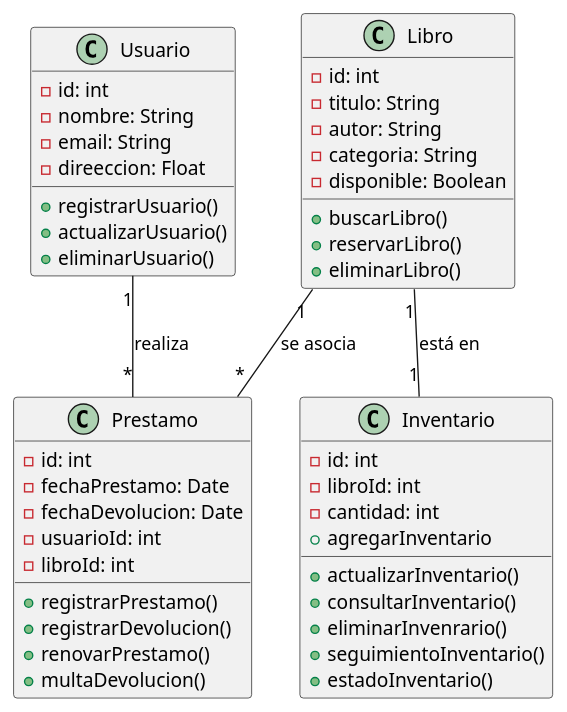
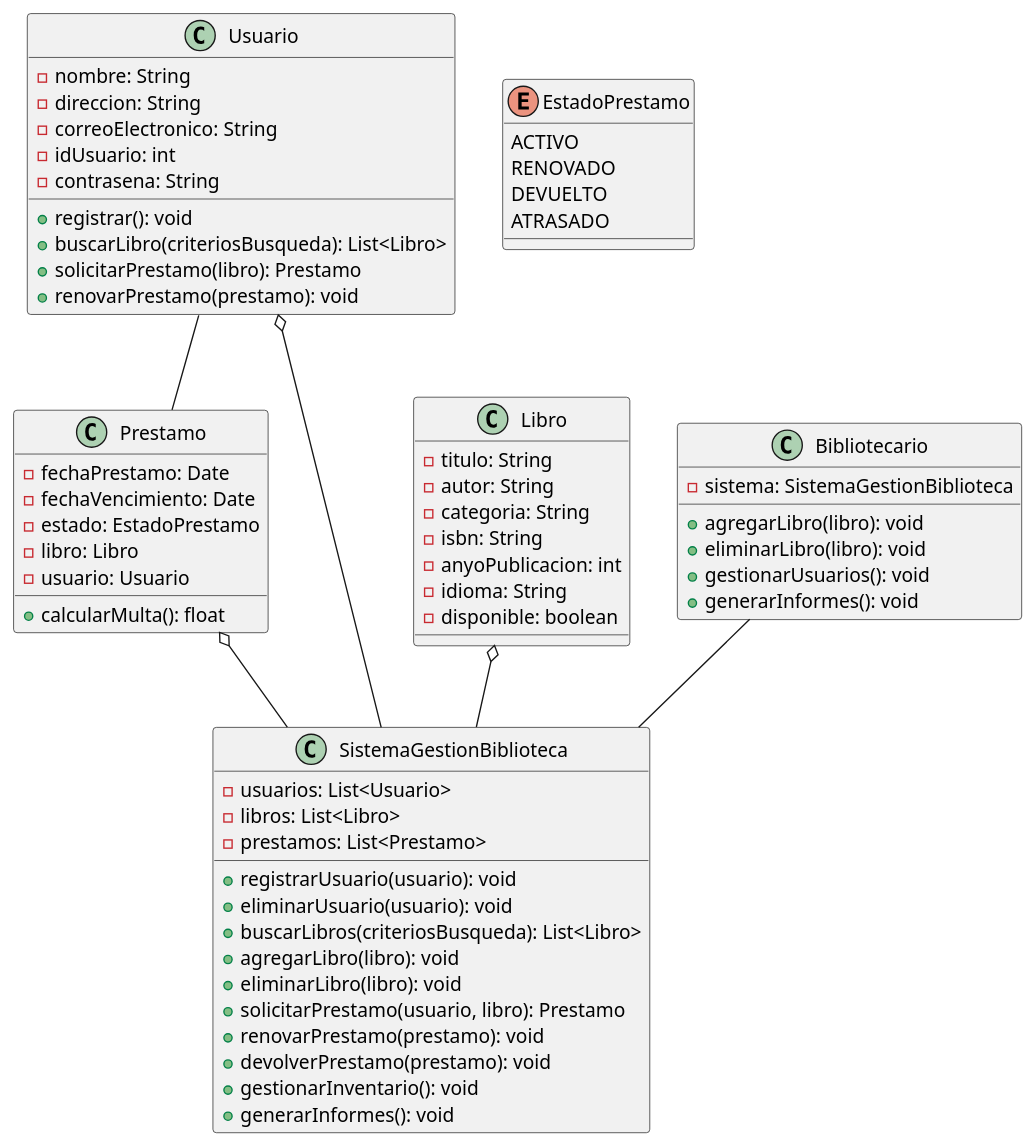
Before and after one commit to Marlon271/Ejercicio-1: the diagram in Diagrama de clases/Diagrama de clases.wsd, drawn with PlantUML. The commit also changed 1 other file, not shown here.

```diff
--- a/Diagrama de clases/Diagrama de clases.wsd
+++ b/Diagrama de clases/Diagrama de clases.wsd
@@ -1,52 +1,71 @@
 @startuml
-
 class Usuario {
-    - id: int
-    - nombre: String
-    - email: String
-    - direeccion: Float
-    + registrarUsuario()
-    + actualizarUsuario()
-    + eliminarUsuario()
+  - nombre: String
+  - direccion: String
+  - correoElectronico: String
+  - idUsuario: int
+  - contrasena: String
+  + registrar(): void
+  + buscarLibro(criteriosBusqueda): List<Libro>
+  + solicitarPrestamo(libro): Prestamo
+  + renovarPrestamo(prestamo): void
 }
 
 class Libro {
-    - id: int
-    - titulo: String
-    - autor: String
-    - categoria: String
-    - disponible: Boolean
-    + buscarLibro()
-    + reservarLibro()
-    + eliminarLibro()
+  - titulo: String
+  - autor: String
+  - categoria: String
+  - isbn: String
+  - anyoPublicacion: int
+  - idioma: String
+  - disponible: boolean
 }
 
 class Prestamo {
-    - id: int
-    - fechaPrestamo: Date
-    - fechaDevolucion: Date
-    - usuarioId: int
-    - libroId: int
-    + registrarPrestamo()
-    + registrarDevolucion()
-    + renovarPrestamo()
-    + multaDevolucion()
+  - fechaPrestamo: Date
+  - fechaVencimiento: Date
+  - estado: EstadoPrestamo
+  - libro: Libro
+  - usuario: Usuario
+  + calcularMulta(): float 
 }
 
-class Inventario {
-    - id: int
-    - libroId: int
-    - cantidad: int
-    + actualizarInventario()
-    + consultarInventario()
-    + agregarInventario
-    + eliminarInvenrario()
-    + seguimientoInventario()
-    + estadoInventario()
+enum EstadoPrestamo {
+  ACTIVO
+  RENOVADO
+  DEVUELTO
+  ATRASADO
 }
 
-Usuario "1" -- "*" Prestamo: realiza
-Libro "1" -- "*" Prestamo: se asocia
-Libro "1" -- "1" Inventario: está en
+class SistemaGestionBiblioteca {
+  - usuarios: List<Usuario>
+  - libros: List<Libro>
+  - prestamos: List<Prestamo>
+
+  + registrarUsuario(usuario): void
+  + eliminarUsuario(usuario): void
+  + buscarLibros(criteriosBusqueda): List<Libro>
+  + agregarLibro(libro): void
+  + eliminarLibro(libro): void
+  + solicitarPrestamo(usuario, libro): Prestamo
+  + renovarPrestamo(prestamo): void
+  + devolverPrestamo(prestamo): void
+  + gestionarInventario(): void
+  + generarInformes(): void
+}
+
+class Bibliotecario {
+  - sistema: SistemaGestionBiblioteca
+  + agregarLibro(libro): void
+  + eliminarLibro(libro): void
+  + gestionarUsuarios(): void
+  + generarInformes(): void
+}
+
+Usuario  o--  SistemaGestionBiblioteca 
+Libro  o--  SistemaGestionBiblioteca 
+Prestamo  o--  SistemaGestionBiblioteca 
+Usuario  --  Prestamo 
+Bibliotecario  --  SistemaGestionBiblioteca 
 
 @enduml
```
